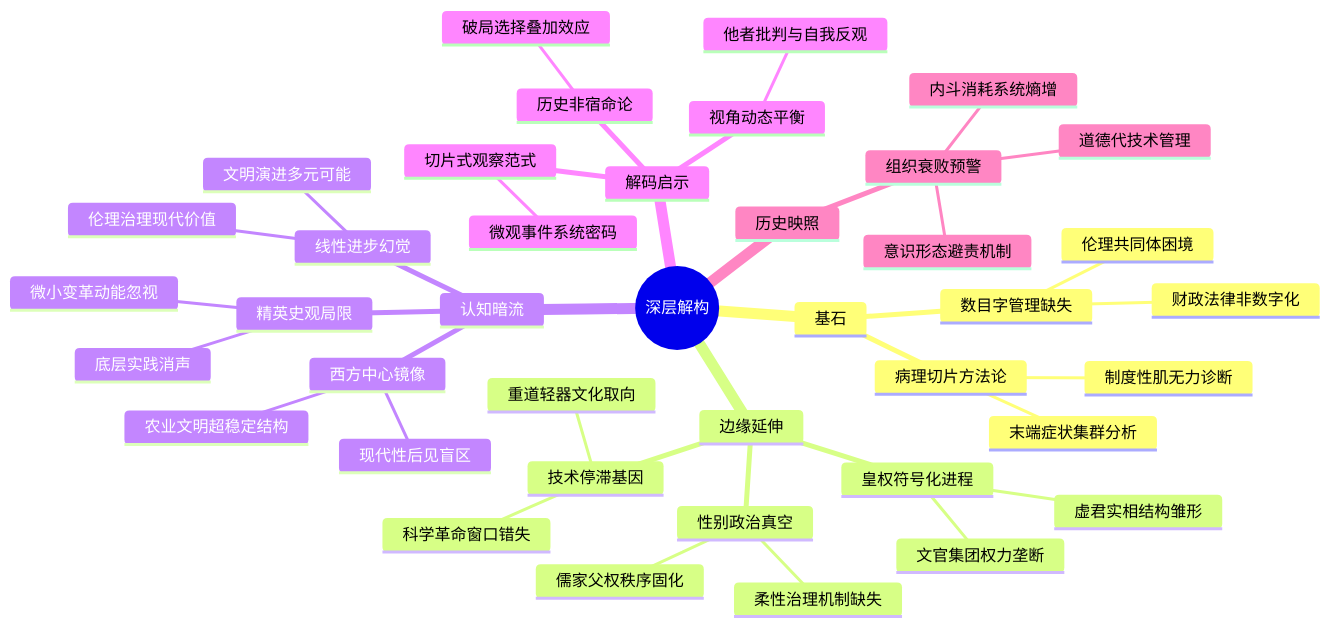
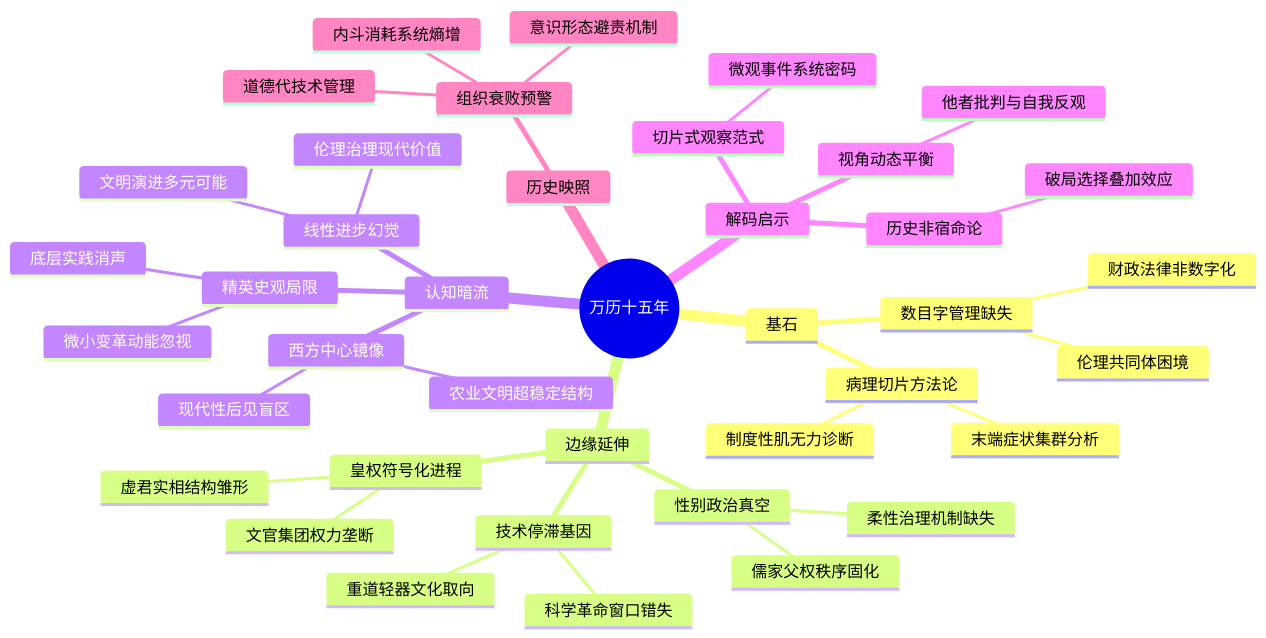
The diagram in 读书/中国历史/万历十五年——黄仁宇.md (funloss/funKnowledge), drawn with Mermaid before and after one commit. The commit also changed 74 other files, not shown here.

````diff
--- a/读书/中国历史/万历十五年——黄仁宇.md
+++ b/读书/中国历史/万历十五年——黄仁宇.md
@@ -2,43 +2,43 @@
 ```mermaid
 mindmap
-  root((深层解构))
+  root((万历十五年))
     基石
       病理切片方法论
         末端症状集群分析
         制度性肌无力诊断
       数目字管理缺失
         财政法律非数字化
         伦理共同体困境
     边缘延伸
       皇权符号化进程
         文官集团权力垄断
         虚君实相结构雏形
       性别政治真空
         儒家父权秩序固化
         柔性治理机制缺失
       技术停滞基因
         重道轻器文化取向
         科学革命窗口错失
     认知暗流
       西方中心镜像
         农业文明超稳定结构
         现代性后见盲区
       精英史观局限
         底层实践消声
         微小变革动能忽视
       线性进步幻觉
         伦理治理现代价值
         文明演进多元可能
     解码启示
       切片式观察范式
         微观事件系统密码
       历史非宿命论
         破局选择叠加效应
       视角动态平衡
         他者批判与自我反观
     历史映照
       组织衰败预警
         道德代技术管理
         意识形态避责机制
         内斗消耗系统熵增
 ```
````
